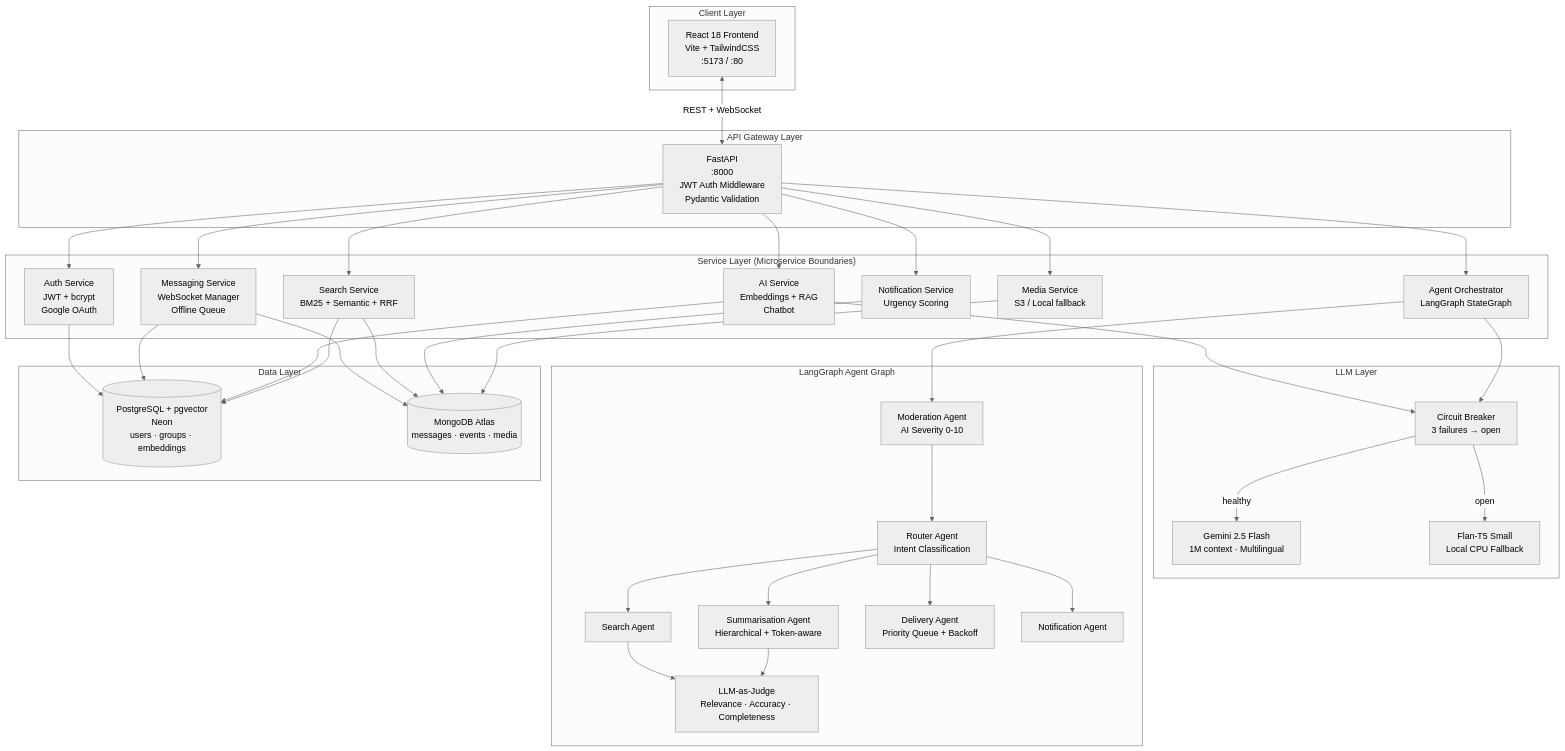
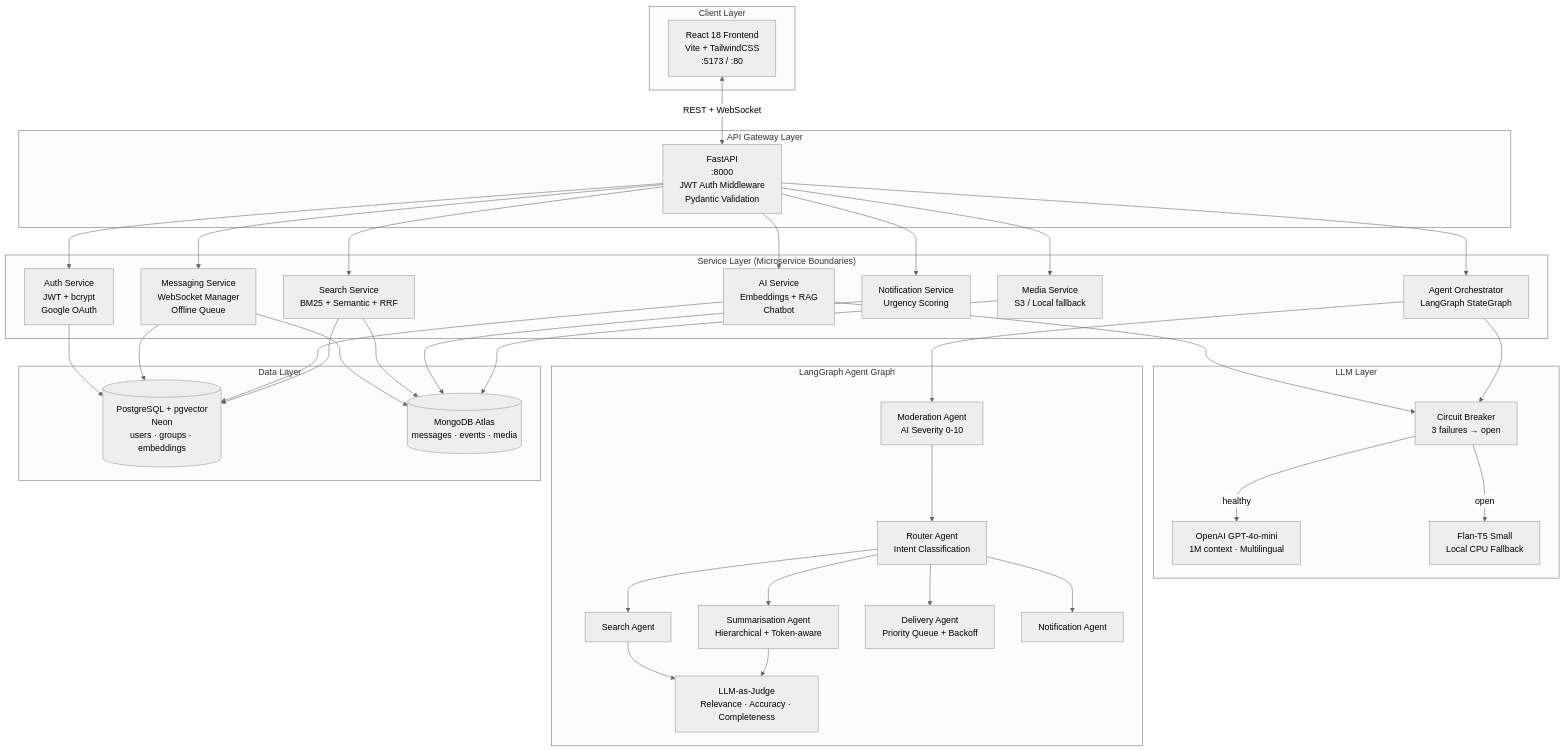
One commit to keerthanajothiramesh/AI-Powered-Messaging-Platform changed the first of 2 diagrams in docs/architecture/system-architecture.md. Above: the diagram before and after it, drawn with Mermaid (neutral theme). The commit also changed other lines of this file and 21 other files, not shown here.

First line of the commit message:
feat: migrate LLM backend from Google Gemini to OpenAI GPT-4o-mini

````diff
--- a/docs/architecture/system-architecture.md
+++ b/docs/architecture/system-architecture.md
@@ -11,66 +11,66 @@
 ```mermaid
 graph TD
     subgraph Client["Client Layer"]
         UI[React 18 Frontend<br/>Vite + TailwindCSS<br/>:5173 / :80]
     end
 
     subgraph Gateway["API Gateway Layer"]
         API[FastAPI<br/>:8000<br/>JWT Auth Middleware<br/>Pydantic Validation]
     end
 
     subgraph Services["Service Layer (Microservice Boundaries)"]
         AuthSvc[Auth Service<br/>JWT + bcrypt<br/>Google OAuth]
         MsgSvc[Messaging Service<br/>WebSocket Manager<br/>Offline Queue]
         AISvc[AI Service<br/>Embeddings + RAG<br/>Chatbot]
         SearchSvc[Search Service<br/>BM25 + Semantic + RRF]
         AgentSvc[Agent Orchestrator<br/>LangGraph StateGraph]
         MediaSvc[Media Service<br/>S3 / Local fallback]
         NotifSvc[Notification Service<br/>Urgency Scoring]
     end
 
     subgraph LLMLayer["LLM Layer"]
         CB[Circuit Breaker<br/>3 failures → open]
-        Gemini[Gemini 2.5 Flash<br/>1M context · Multilingual]
+        OpenAI[OpenAI GPT-4o-mini<br/>1M context · Multilingual]
         FlanT5[Flan-T5 Small<br/>Local CPU Fallback]
     end
 
     subgraph AgentGraph["LangGraph Agent Graph"]
         Mod[Moderation Agent<br/>AI Severity 0-10]
         Router[Router Agent<br/>Intent Classification]
         SearchA[Search Agent]
         SummA[Summarisation Agent<br/>Hierarchical + Token-aware]
         DelivA[Delivery Agent<br/>Priority Queue + Backoff]
         NotifA[Notification Agent]
         Judge[LLM-as-Judge<br/>Relevance · Accuracy · Completeness]
     end
 
     subgraph DataLayer["Data Layer"]
         PG[(PostgreSQL + pgvector<br/>Neon<br/>users · groups · embeddings)]
         Mongo[(MongoDB Atlas<br/>messages · events · media)]
     end
 
     UI <-->|REST + WebSocket| API
     API --> AuthSvc
     API --> MsgSvc
     API --> AISvc
     API --> SearchSvc
     API --> AgentSvc
     API --> MediaSvc
     API --> NotifSvc
 
     AgentSvc --> Mod --> Router
     Router --> SearchA & SummA & DelivA & NotifA
     SearchA & SummA --> Judge
 
     AISvc --> CB
     AgentSvc --> CB
-    CB -->|healthy| Gemini
+    CB -->|healthy| OpenAI
     CB -->|open| FlanT5
 
     AuthSvc --> PG
     MsgSvc --> Mongo & PG
     AISvc --> PG
     SearchSvc --> PG & Mongo
     NotifSvc --> Mongo
     MediaSvc --> Mongo
 ```
````
